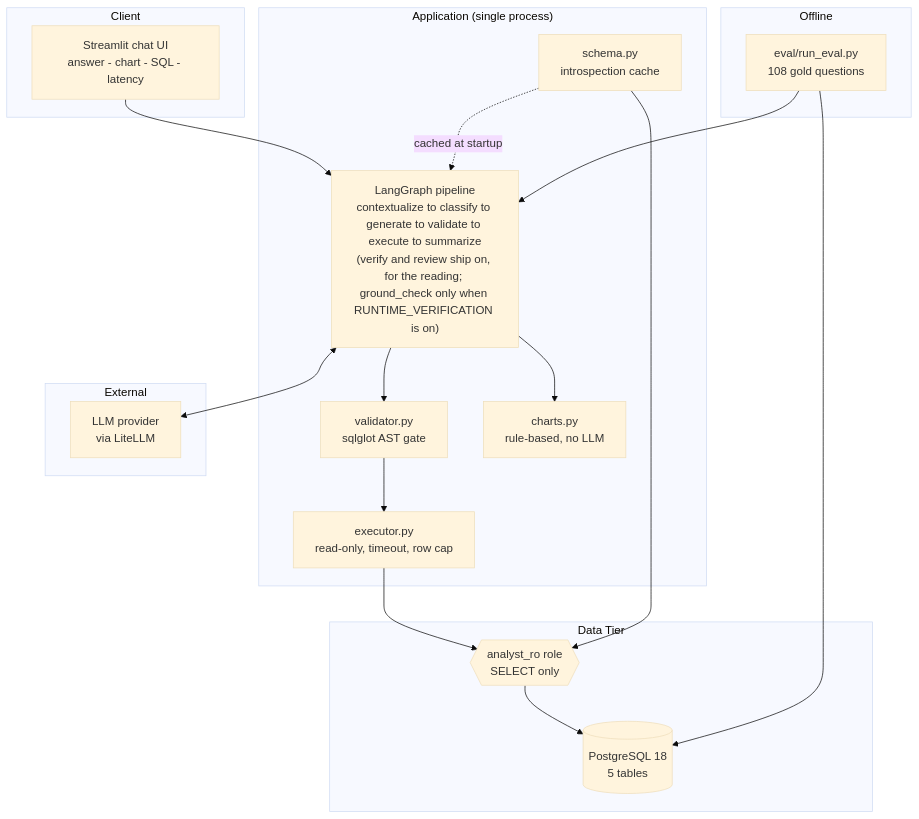
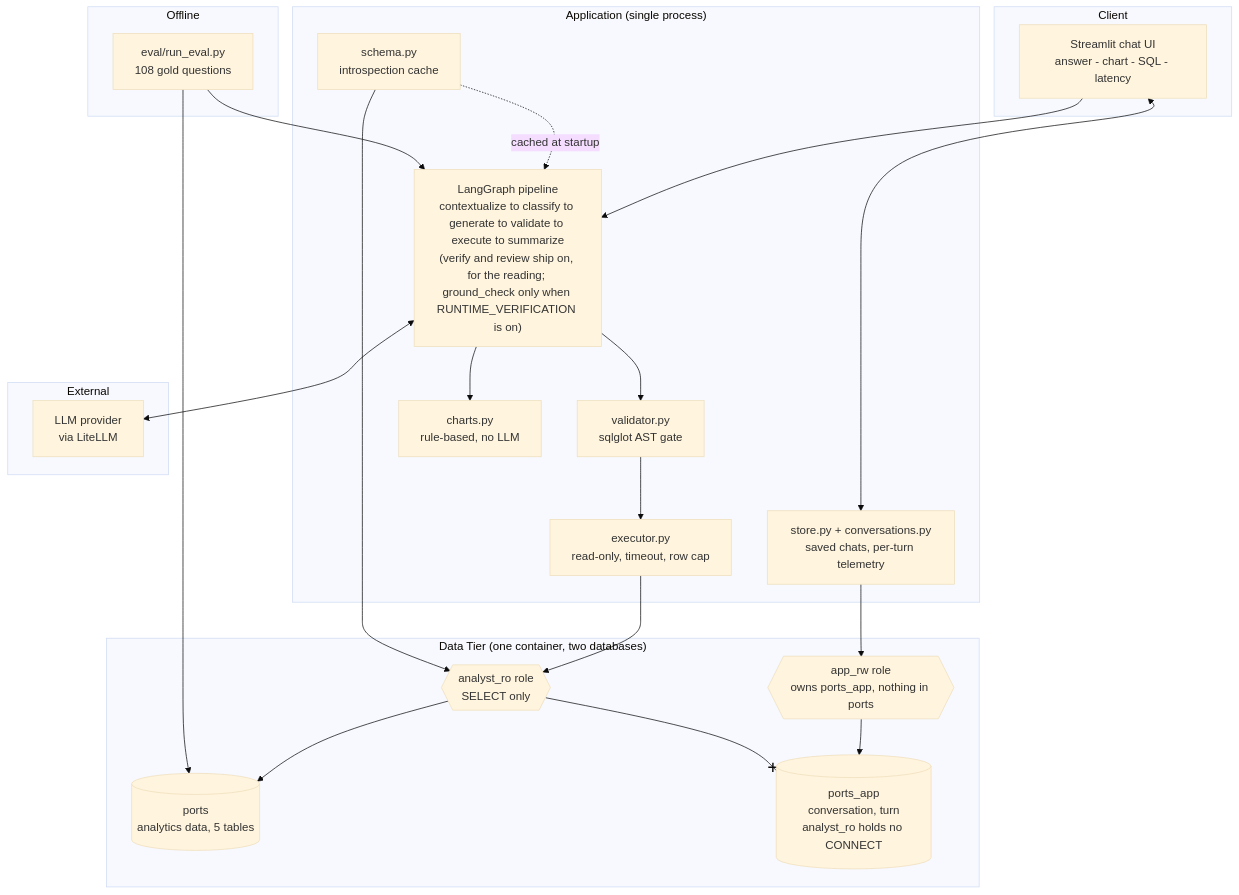
Before and after one commit to insafim/conversational-data-analyst: the first of 4 diagrams in docs/ARCHITECTURE.md, drawn with Mermaid (base theme). The commit also changed other lines of this file and 18 other files, not shown here.

````diff
--- a/docs/ARCHITECTURE.md
+++ b/docs/ARCHITECTURE.md
@@ -131,39 +131,46 @@
 ```mermaid
 flowchart TB
     subgraph Client["Client"]
         UI["Streamlit chat UI<br/>answer - chart - SQL - latency"]
     end
 
     subgraph App["Application (single process)"]
         GRAPH["LangGraph pipeline<br/>contextualize to classify to generate to validate to execute to summarize<br/>(verify and review ship on, for the reading; ground_check only when RUNTIME_VERIFICATION is on)"]
         VAL["validator.py<br/>sqlglot AST gate"]
         EXEC["executor.py<br/>read-only, timeout, row cap"]
         CHART["charts.py<br/>rule-based, no LLM"]
         SCHEMA["schema.py<br/>introspection cache"]
+        STORE["store.py + conversations.py<br/>saved chats, per-turn telemetry"]
     end
 
-    subgraph Data["Data Tier"]
+    subgraph Data["Data Tier (one container, two databases)"]
         RO{{"analyst_ro role<br/>SELECT only"}}
-        PG[("PostgreSQL 18<br/>5 tables")]
+        PG[("ports<br/>analytics data, 5 tables")]
+        RW{{"app_rw role<br/>owns ports_app, nothing in ports"}}
+        APP[("ports_app<br/>conversation, turn<br/>analyst_ro holds no CONNECT")]
     end
 
     subgraph External["External"]
         LLM["LLM provider<br/>via LiteLLM"]
     end
 
     subgraph Offline["Offline"]
         EVAL["eval/run_eval.py<br/>108 gold questions"]
     end
 
     UI --> GRAPH
     GRAPH --> VAL
     VAL --> EXEC
     EXEC --> RO
     RO --> PG
     GRAPH --> CHART
     SCHEMA -. cached at startup .-> GRAPH
     SCHEMA --> RO
     GRAPH <--> LLM
     EVAL --> GRAPH
     EVAL --> PG
+    UI <--> STORE
+    STORE --> RW
+    RW --> APP
+    RO --x APP
 ```
````
